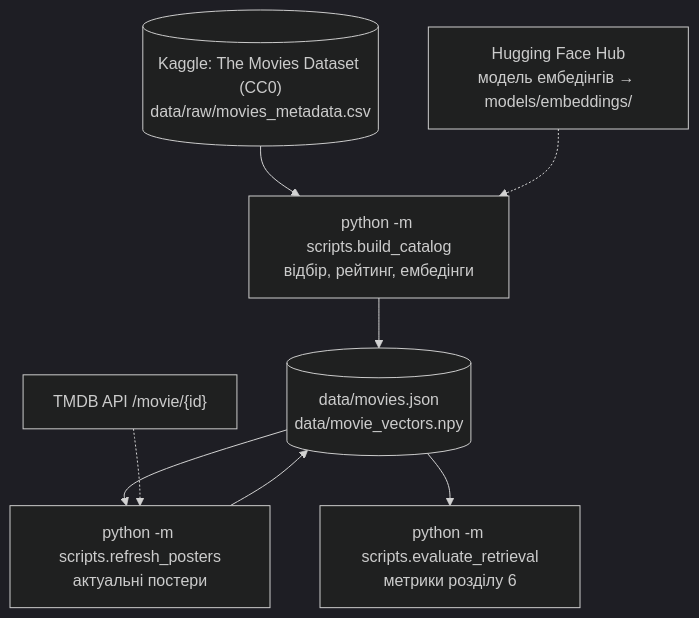
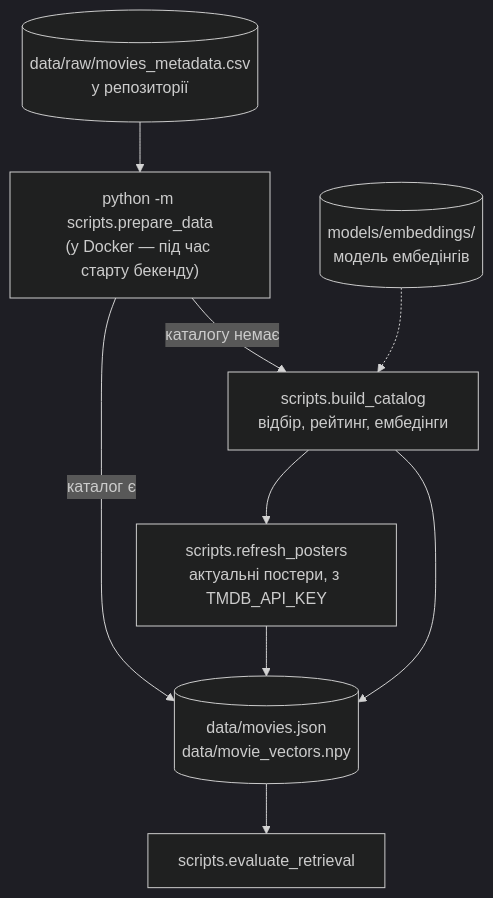
Before and after one commit to woldemarg/movie_rs: the second of 4 diagrams in docs/05-e2e-workflow.md, drawn with Mermaid (dark theme). The commit also changed other lines of this file and 15 other files, not shown here.

````diff
--- a/docs/05-e2e-workflow.md
+++ b/docs/05-e2e-workflow.md
@@ -73,18 +76,17 @@
 ```mermaid
 flowchart TB
-    kaggle[("Kaggle: The Movies Dataset (CC0)<br/>data/raw/movies_metadata.csv")]
-    build["python -m scripts.build_catalog<br/>відбір, рейтинг, ембедінги"]
-    hf["Hugging Face Hub<br/>модель ембедінгів → models/embeddings/"]
+    raw[("data/raw/movies_metadata.csv<br/>у репозиторії")]
+    prep["python -m scripts.prepare_data<br/>(у Docker — під час старту бекенду)"]
+    build["scripts.build_catalog<br/>відбір, рейтинг, ембедінги"]
+    posters["scripts.refresh_posters<br/>актуальні постери, з TMDB_API_KEY"]
+    hf[("models/embeddings/<br/>модель ембедінгів")]
     catalog[("data/movies.json<br/>data/movie_vectors.npy")]
-    posters["python -m scripts.refresh_posters<br/>актуальні постери"]
-    tmdb["TMDB API /movie/{id}"]
-    evaluate["python -m scripts.evaluate_retrieval<br/>метрики розділу 6"]
+    evaluate["scripts.evaluate_retrieval"]
 
-    kaggle --> build
+    raw --> prep
+    prep -- "каталогу немає" --> build --> catalog
     hf -.-> build
-    build --> catalog
-    catalog --> posters
-    tmdb -.-> posters
-    posters --> catalog
+    build --> posters --> catalog
+    prep -- "каталог є" --> catalog
     catalog --> evaluate
 ```
````
